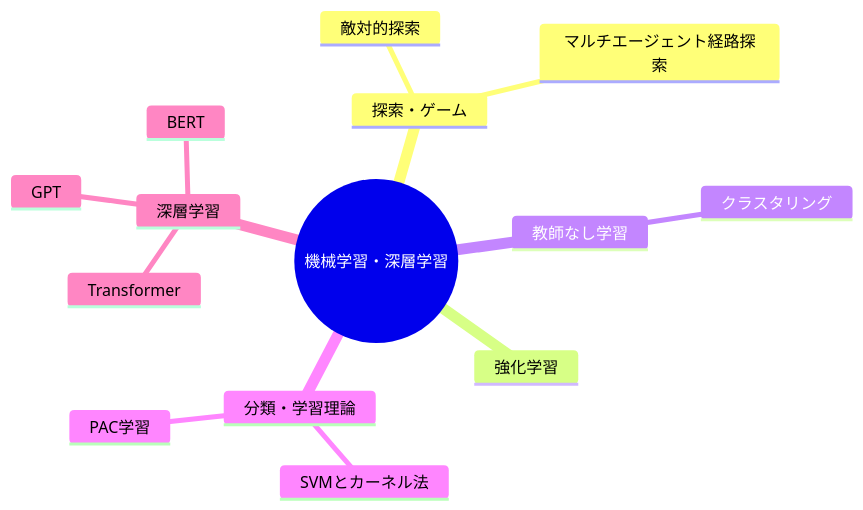
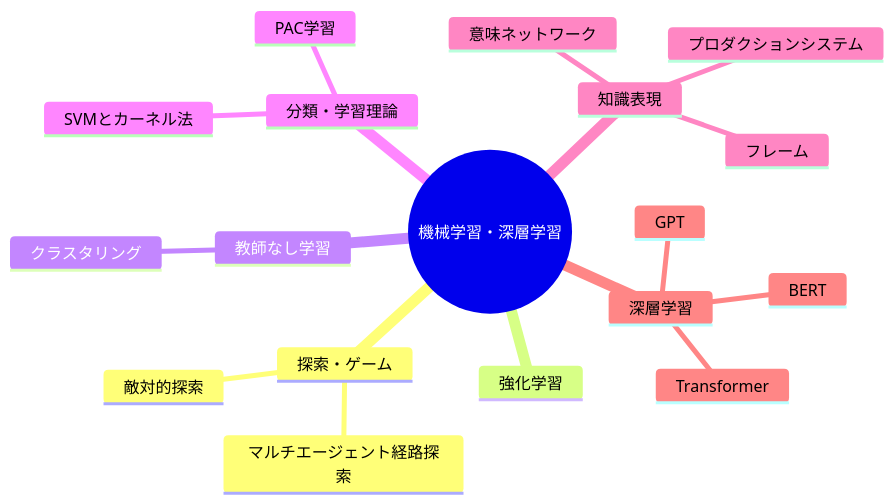
One commit to 97kuek/obsidian-vault changed the diagram in 20_Areas/機械学習・深層学習/【MOC】機械学習・深層学習.md. Above: the diagram before and after it, drawn with Mermaid. The commit also changed other lines of this file and 5 other files, not shown here.

````diff
--- a/20_Areas/機械学習・深層学習/【MOC】機械学習・深層学習.md
+++ b/20_Areas/機械学習・深層学習/【MOC】機械学習・深層学習.md
@@ -17,17 +17,21 @@
 ```mermaid
 mindmap
   root(("機械学習・深層学習"))
     探索・ゲーム
       敵対的探索
       マルチエージェント経路探索
     強化学習
     教師なし学習
       クラスタリング
     分類・学習理論
       SVMとカーネル法
       PAC学習
+    知識表現
+      プロダクションシステム
+      意味ネットワーク
+      フレーム
     深層学習
       Transformer
       BERT
       GPT
 ```
````
